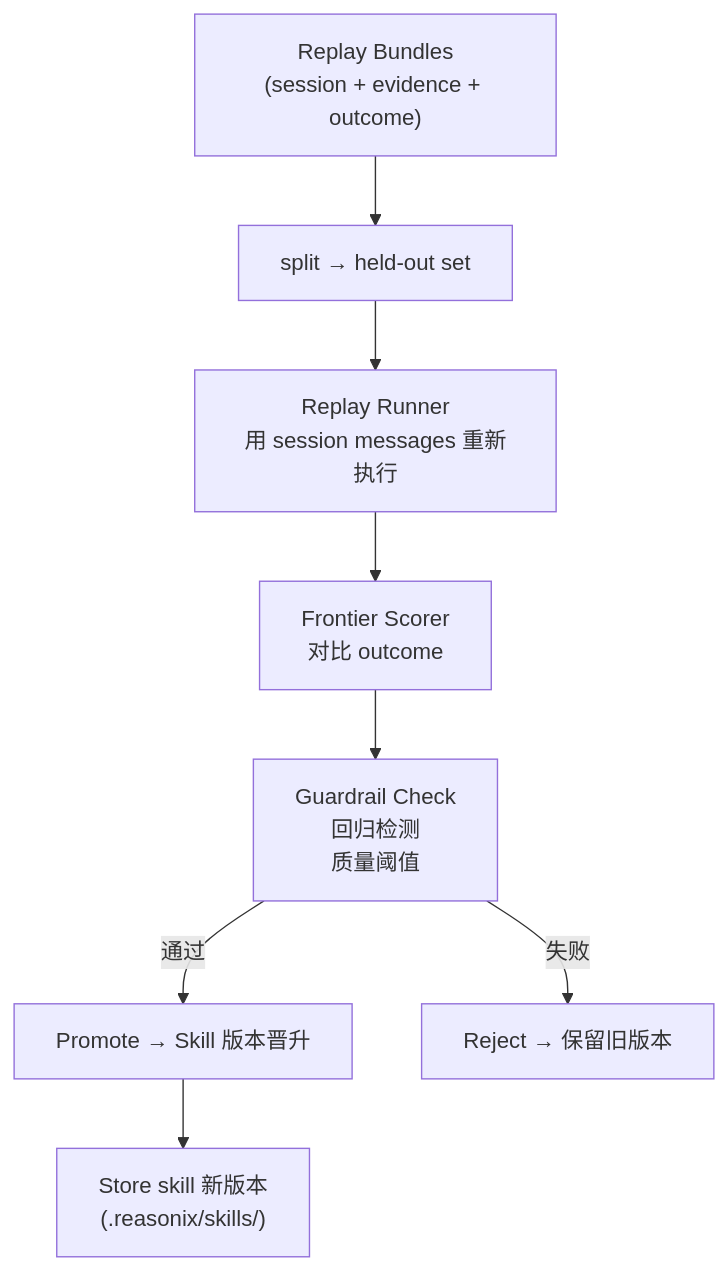
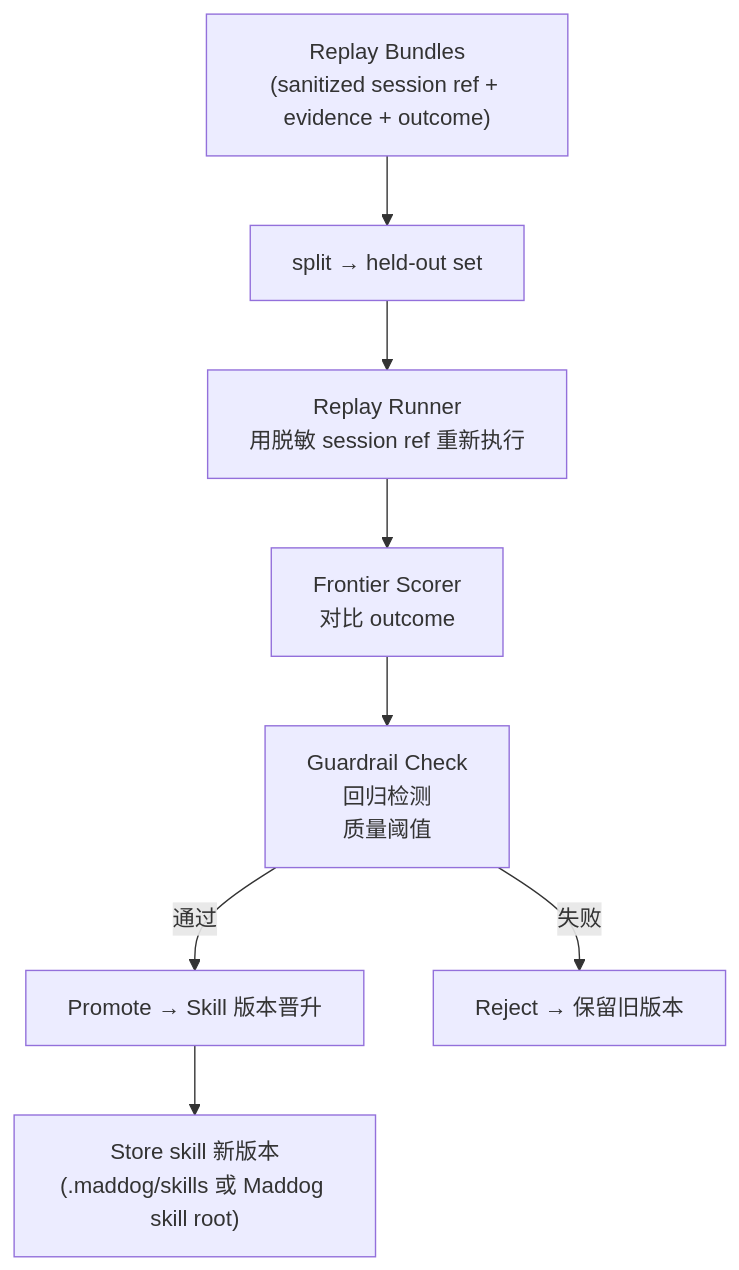
The third of 5 diagrams in docs/cc/maddog-fusion--3949/tech.md (sekkit/maddog), drawn with Mermaid before and after one commit. The commit also changed other lines of this file and 266 other files, not shown here.

````diff
--- a/docs/cc/maddog-fusion--3949/tech.md
+++ b/docs/cc/maddog-fusion--3949/tech.md
@@ -351,10 +370,10 @@
 ```mermaid
 flowchart TB
-    Bundles["Replay Bundles\n(session + evidence + outcome)"] --> Split["split → held-out set"]
-    Split --> Replay["Replay Runner\n用 session messages 重新执行"]
+    Bundles["Replay Bundles\n(sanitized session ref + evidence + outcome)"] --> Split["split → held-out set"]
+    Split --> Replay["Replay Runner\n用脱敏 session ref 重新执行"]
     Replay --> Score["Frontier Scorer\n对比 outcome"]
     Score --> Guard["Guardrail Check\n回归检测\n质量阈值"]
     Guard -->|"通过"| Promote["Promote → Skill 版本晋升"]
     Guard -->|"失败"| Reject["Reject → 保留旧版本"]
-    Promote --> Store2["Store skill 新版本\n(.reasonix/skills/)"]
+    Promote --> Store2["Store skill 新版本\n(.maddog/skills 或 Maddog skill root)"]
 ```
````
